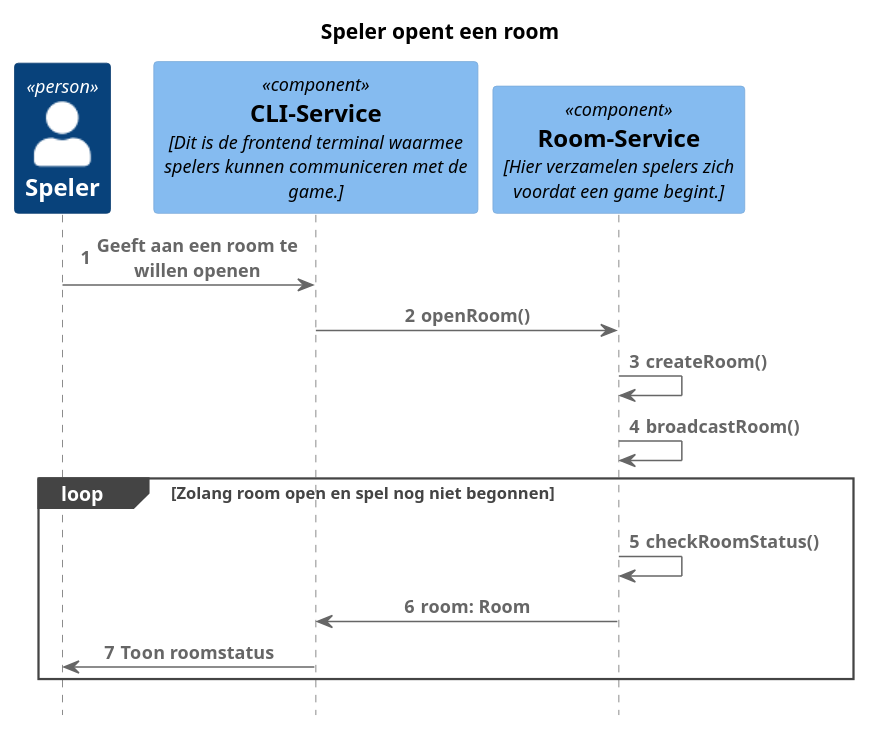
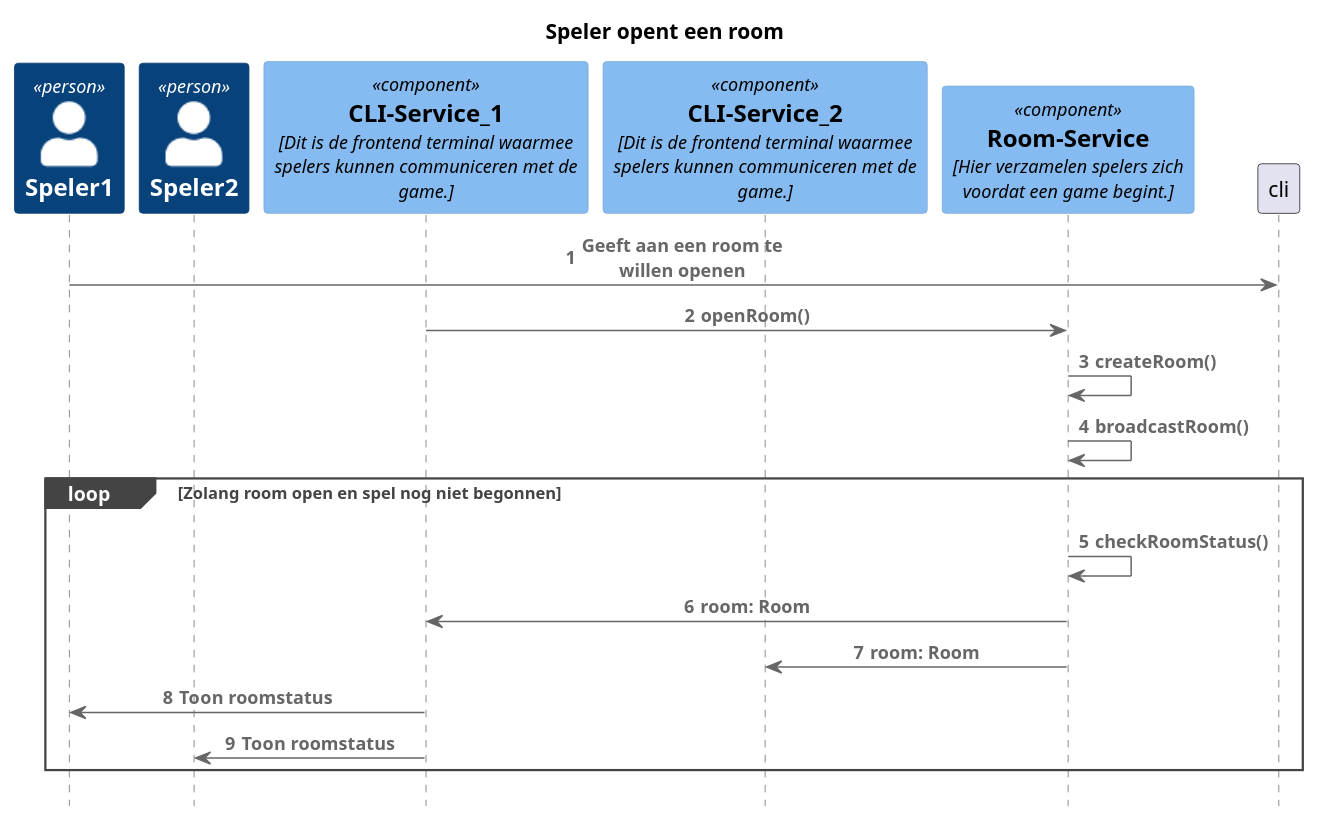
The diagram in roomOpenen.puml (DaanBannaan/SAD-sequentie), drawn with PlantUML before and after one commit.

Commit message:
aanpassing roomOpenen meerdere spelers update laten weten

```diff
--- a/roomOpenen.puml
+++ b/roomOpenen.puml
@@ -1,37 +1,41 @@
 @startuml
 !include https://raw.githubusercontent.com/plantuml-stdlib/C4-PlantUML/master/C4_Sequence.puml
 
 autonumber
 
 'Person(user, "Speler")
 'Component(configuration, "Configuration-Service", "Hier kan het gedrag van een agent aangepast worden en kunnen nieuwe modules toegevoegd worden.")
 'Component(world, "World-Service", "Hier vindt de wereldgeneratie plaats en bevind zich de wereldstatus.")
 'Component(engine, "Game-Engine-Service", "Deze component bevat de logica van het spel zelf.")
 'Component(agent, "Agent-Service", "Deze component bevat de logica van een agent.")
 'Component(player, "Player-Service", "Deze component bevat de logica van een karakter.")
 'Component(monster, "Monster-Service", "Deze component bevat de logica van een monster.")
 'Component(save, "Save-and-Load-Service", "Deze component regelt het laden en opslaan van het spel.")
 'Component(communication, "Communication-Protocol", "Hiermee kunnen verschillende nodes (spelers) met elkaar communiceren, zodat ze synchroon lopen.")
 'Component(cli, "CLI-Service", "Dit is de frontend terminal waarmee spelers kunnen communiceren met de game.")
 'Component(chat, "Chat-Service", "Via dit component kunnen spelers met elkaar chatten.")
 'Component(logging, "Logging-Service", "Hier worden CPU gebruik, RAM gebruik, aantal spelers, netwerkvertraging, connecties, gevechten, agent-overnames, fouten en saves gelogd.")
 'Component(room, "Room-Service", "Hier verzamelen spelers zich voordat een game begint.")
 
 title Speler opent een room
 
-Person(user, "Speler")
-Component(cli, "CLI-Service", "Dit is de frontend terminal waarmee spelers kunnen communiceren met de game.")
+Person(user1, "Speler1")
+Person(user2, "Speler2")
+Component(cli1, "CLI-Service_1", "Dit is de frontend terminal waarmee spelers kunnen communiceren met de game.")
+Component(cli2, "CLI-Service_2", "Dit is de frontend terminal waarmee spelers kunnen communiceren met de game.")
 Component(room, "Room-Service", "Hier verzamelen spelers zich voordat een game begint.")
 
 
-Rel(user, cli, "Geeft aan een room te willen openen")
-Rel(cli, room, "openRoom()")
+Rel(user1, cli, "Geeft aan een room te willen openen")
+Rel(cli1, room, "openRoom()")
 Rel(room, room, "createRoom()")
 Rel(room, room, "broadcastRoom()")
 loop Zolang room open en spel nog niet begonnen
 Rel(room, room, "checkRoomStatus()")
-Rel(room, cli, "room: Room")
-Rel(cli, user, "Toon roomstatus")
+Rel(room, cli1, "room: Room")
+Rel(room, cli2, "room: Room")
+Rel(cli1, user1, "Toon roomstatus")
+Rel(cli1, user2, "Toon roomstatus")
 
 
 @enduml
```
